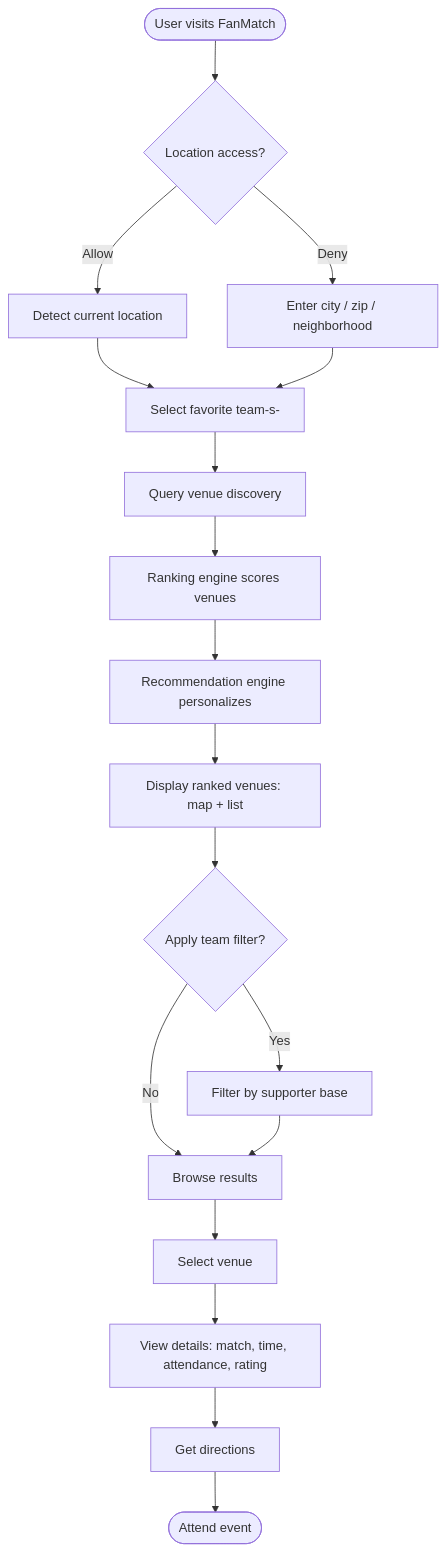
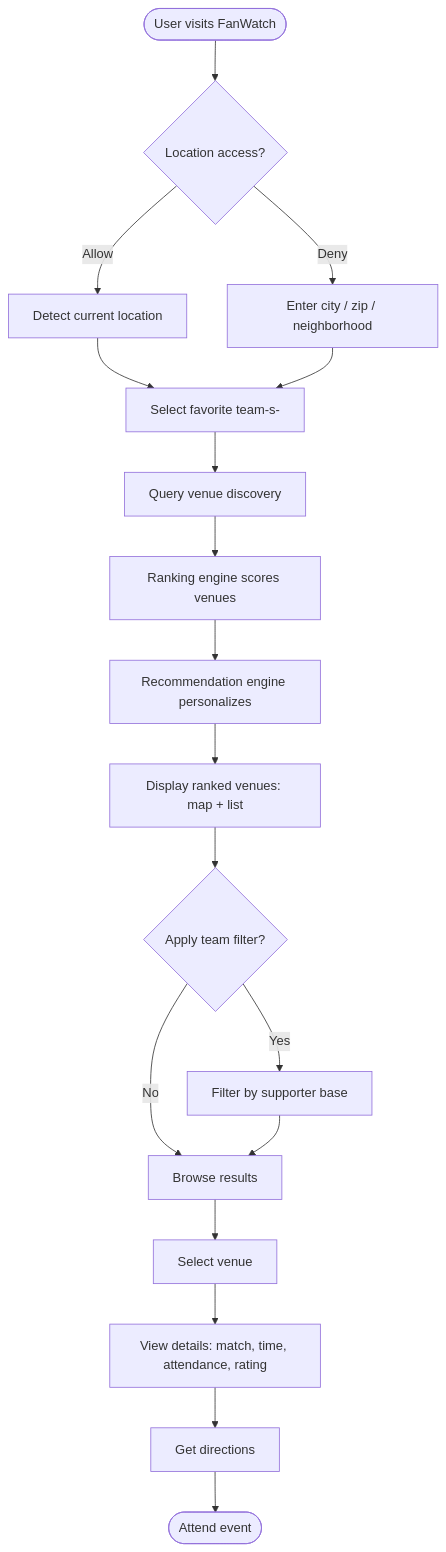
One commit to sharmaajanya27/FIFA_FAn_EXP changed the first of 6 diagrams in WORKFLOW.md. Above: the diagram before and after it, drawn with Mermaid. The commit also changed other lines of this file and 62 other files, not shown here.

First line of the commit message:
Rebrand to FanWatch, add WC26 seasonal theme, refine ranking & ingestion

````diff
--- a/WORKFLOW.md
+++ b/WORKFLOW.md
@@ -12,20 +12,20 @@
 ```mermaid
 flowchart TD
-    A([User visits FanMatch]) --> B{Location access?}
+    A([User visits FanWatch]) --> B{Location access?}
     B -- Allow --> C[Detect current location]
     B -- Deny --> D[Enter city / zip / neighborhood]
     C --> E[Select favorite team-s-]
     D --> E
     E --> F[Query venue discovery]
     F --> G[Ranking engine scores venues]
     G --> H[Recommendation engine personalizes]
     H --> I[Display ranked venues: map + list]
     I --> J{Apply team filter?}
     J -- Yes --> K[Filter by supporter base]
     J -- No --> L[Browse results]
     K --> L
     L --> M[Select venue]
     M --> N[View details: match, time, attendance, rating]
     N --> O[Get directions]
     O --> P([Attend event])
 ```
````
